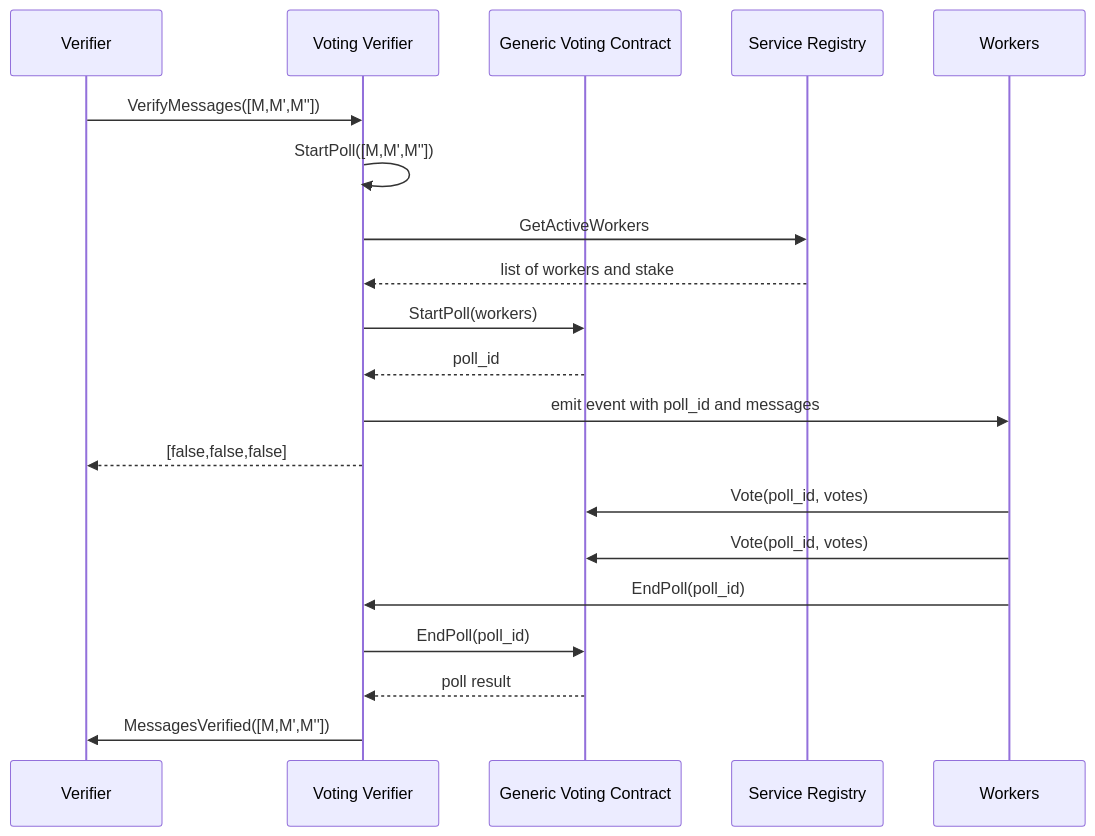
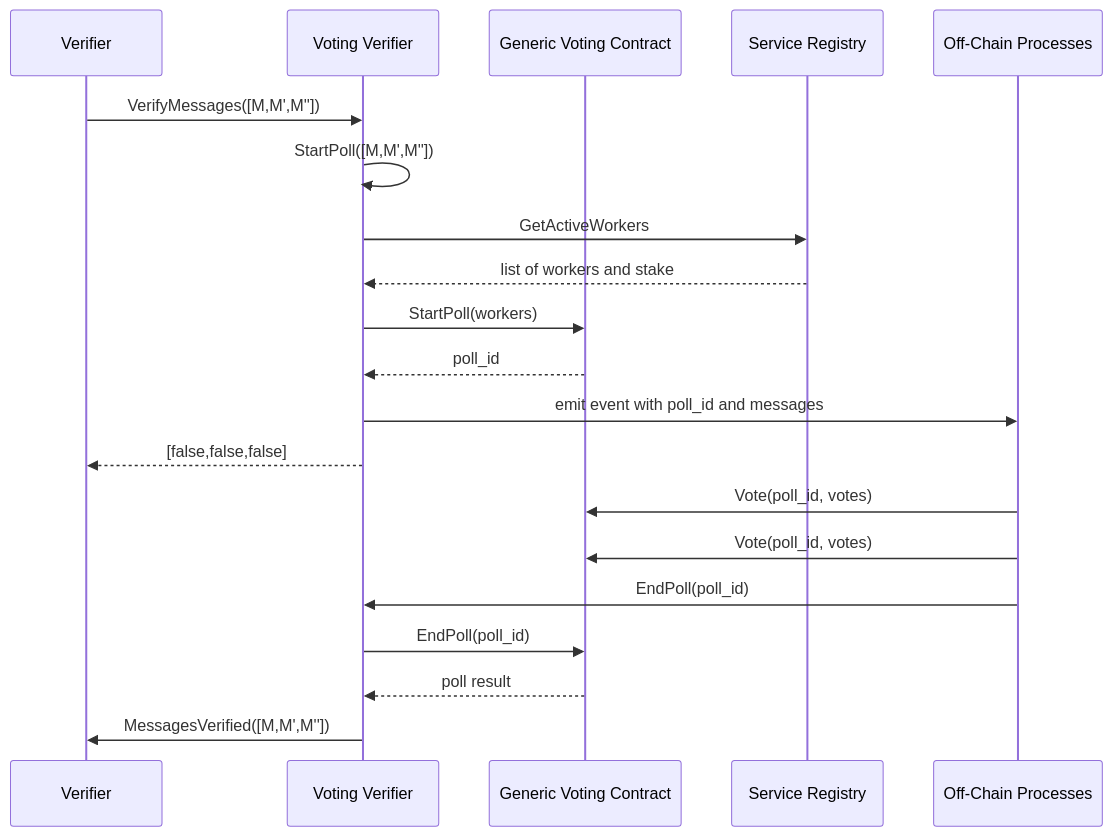
The second of 2 diagrams in contracts/voting-verifier/README.md (axelarnetwork/axelar-amplifier), drawn with Mermaid before and after one commit. The commit also changed other lines of this file, not shown here.

Commit message:
change workers to off-chain processes in README

````diff
--- a/contracts/voting-verifier/README.md
+++ b/contracts/voting-verifier/README.md
@@ -32,30 +34,31 @@
 ```mermaid
 sequenceDiagram
 participant Verifier
 participant Voting Verifier
 participant Generic Voting Contract
 participant Service Registry
-participant Workers
+participant OC as Off-Chain Processes
+
 
 Verifier->>Voting Verifier: VerifyMessages([M,M',M''])
 Voting Verifier->>Voting Verifier: StartPoll([M,M',M''])
 
 
 Voting Verifier->>Service Registry: GetActiveWorkers
 Service Registry-->>Voting Verifier: list of workers and stake
 Voting Verifier->>Generic Voting Contract: StartPoll(workers)
 Generic Voting Contract-->>Voting Verifier: poll_id
-Voting Verifier->>Workers: emit event with poll_id and messages
+Voting Verifier->>OC: emit event with poll_id and messages
 Voting Verifier-->>Verifier: [false,false,false]
 
-Workers->>Generic Voting Contract: Vote(poll_id, votes)
-Workers->>Generic Voting Contract: Vote(poll_id, votes)
+OC->>Generic Voting Contract: Vote(poll_id, votes)
+OC->>Generic Voting Contract: Vote(poll_id, votes)
 
-Workers->>Voting Verifier: EndPoll(poll_id)
+OC->>Voting Verifier: EndPoll(poll_id)
 Voting Verifier->>Generic Voting Contract: EndPoll(poll_id)
 Generic Voting Contract-->>Voting Verifier: poll result
 
 Voting Verifier->>Verifier: MessagesVerified([M,M',M''])
 
 
 ```
````
